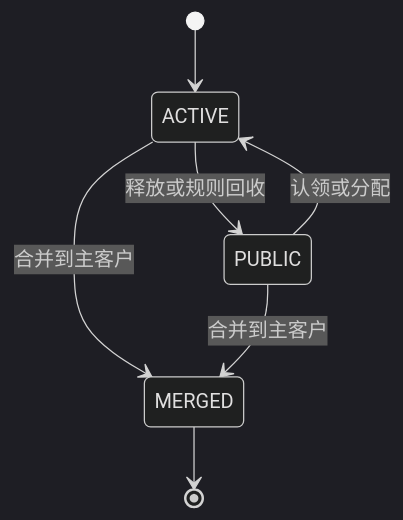
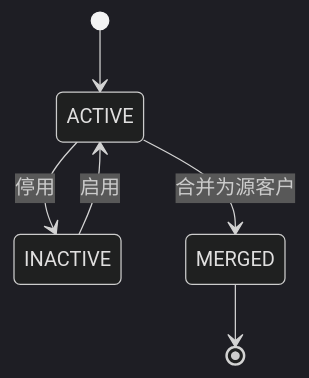
One commit to Squirtles331/AiCRM changed the second of 3 diagrams in docs/architecture/state-machines.md. Above: the diagram before and after it, drawn with Mermaid (dark theme). The commit also changed other lines of this file and 25 other files, not shown here.

First line of the commit message:
feat(architecture,database): 搭建第一里程碑架构与数据库基线

````diff
--- a/docs/architecture/state-machines.md
+++ b/docs/architecture/state-machines.md
@@ -20,9 +27,8 @@
 ```mermaid
 stateDiagram-v2
-    [*] --> ACTIVE
-    ACTIVE --> PUBLIC: 释放或规则回收
-    PUBLIC --> ACTIVE: 认领或分配
-    ACTIVE --> MERGED: 合并到主客户
-    PUBLIC --> MERGED: 合并到主客户
-    MERGED --> [*]
+  [*] --> ACTIVE
+  ACTIVE --> INACTIVE: 停用
+  INACTIVE --> ACTIVE: 启用
+  ACTIVE --> MERGED: 合并为源客户
+  MERGED --> [*]
 ```
````
